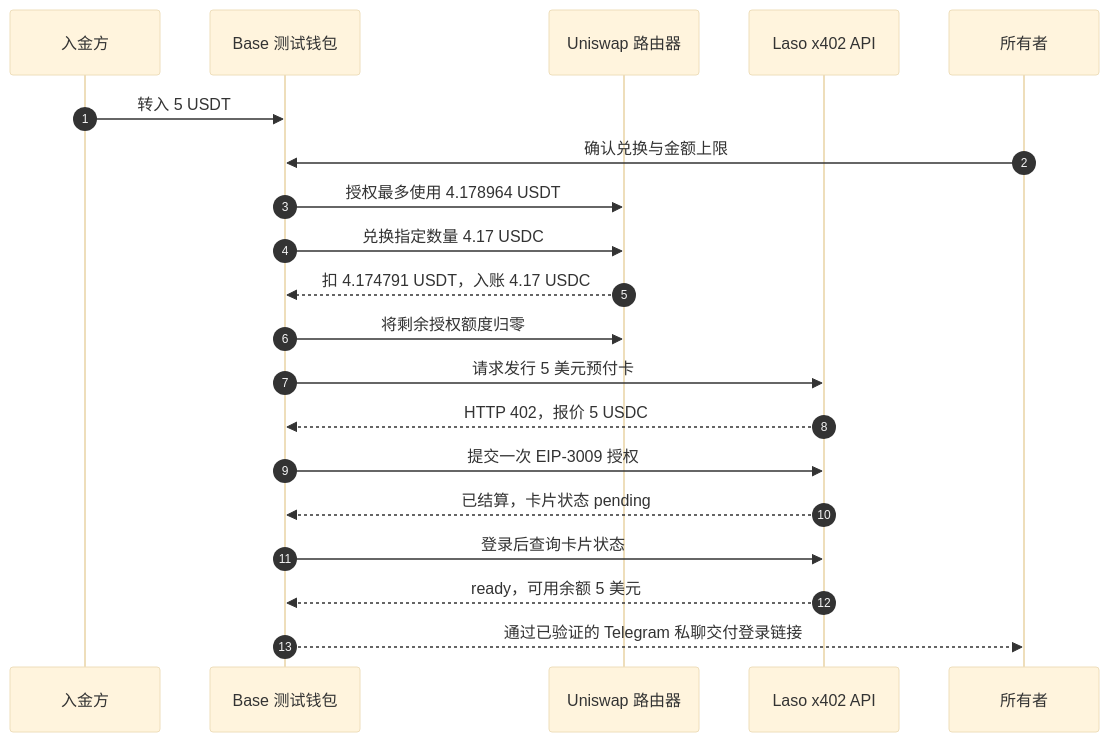
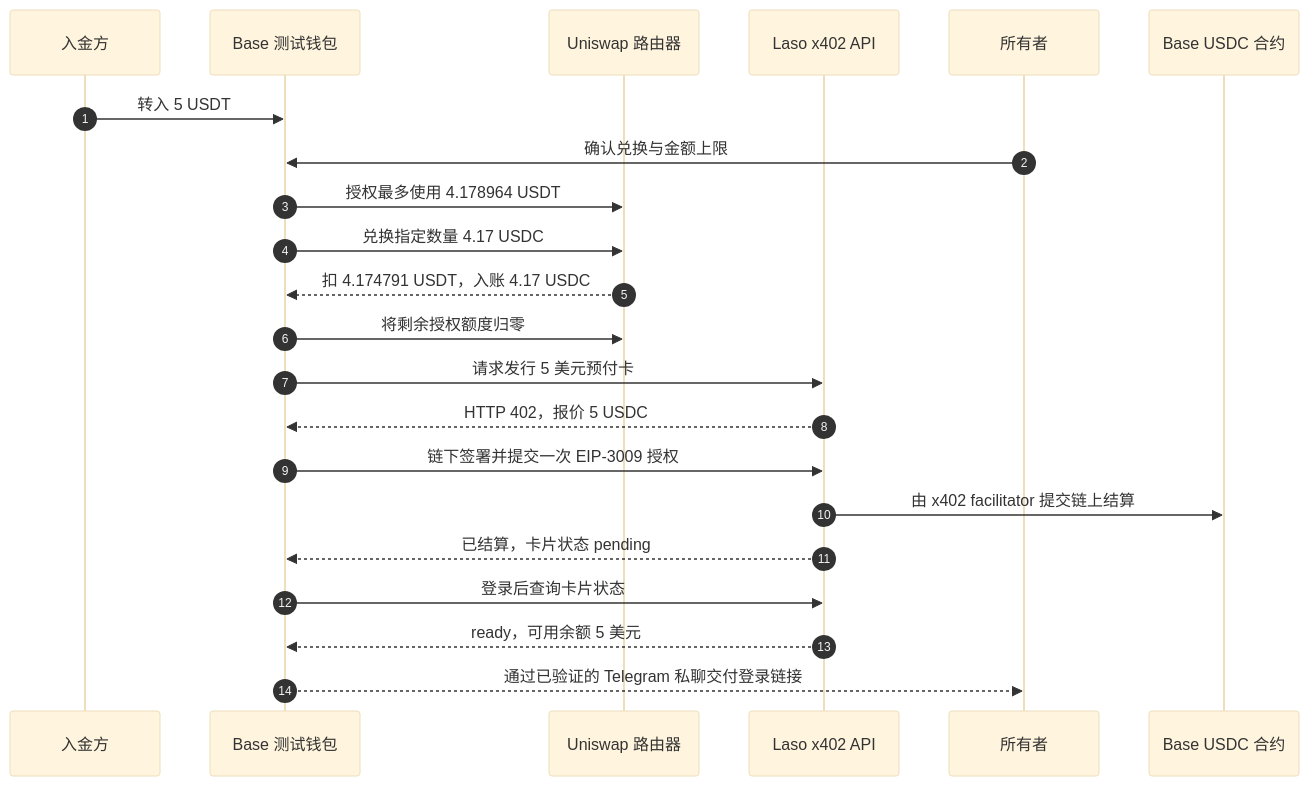
Before and after one commit to alexar76/argus: the first of 2 diagrams in docs/use-case-laso-prepaid-card-zh.md, drawn with Mermaid (base theme). The commit also changed other lines of this file and 19 other files, not shown here.

````diff
--- a/docs/use-case-laso-prepaid-card-zh.md
+++ b/docs/use-case-laso-prepaid-card-zh.md
@@ -11,22 +11,24 @@
 ```mermaid
 sequenceDiagram
     autonumber
     participant F as 入金方
     participant W as Base 测试钱包
     participant U as Uniswap 路由器
     participant L as Laso x402 API
     participant O as 所有者
+    participant B as Base USDC 合约
     F->>W: 转入 5 USDT
     O->>W: 确认兑换与金额上限
     W->>U: 授权最多使用 4.178964 USDT
     W->>U: 兑换指定数量 4.17 USDC
     U-->>W: 扣 4.174791 USDT，入账 4.17 USDC
     W->>U: 将剩余授权额度归零
     W->>L: 请求发行 5 美元预付卡
     L-->>W: HTTP 402，报价 5 USDC
-    W->>L: 提交一次 EIP-3009 授权
+    W->>L: 链下签署并提交一次 EIP-3009 授权
+    L->>B: 由 x402 facilitator 提交链上结算
     L-->>W: 已结算，卡片状态 pending
     W->>L: 登录后查询卡片状态
     L-->>W: ready，可用余额 5 美元
     W-->>O: 通过已验证的 Telegram 私聊交付登录链接
 ```
````
